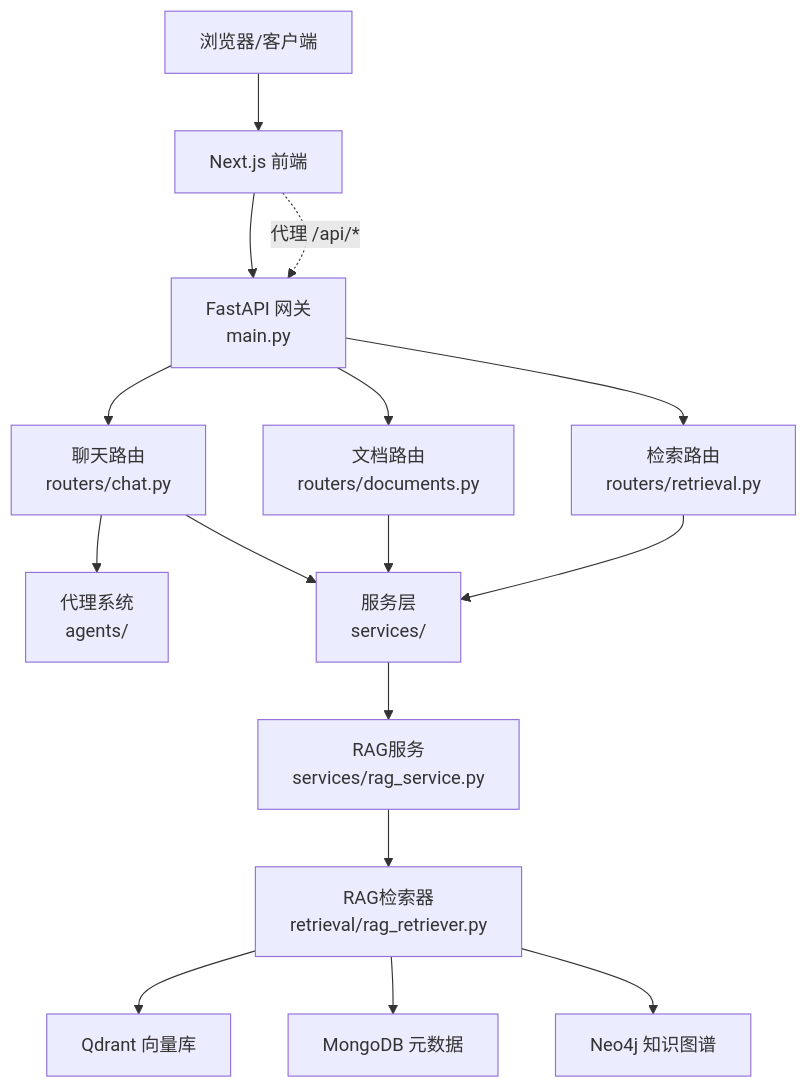
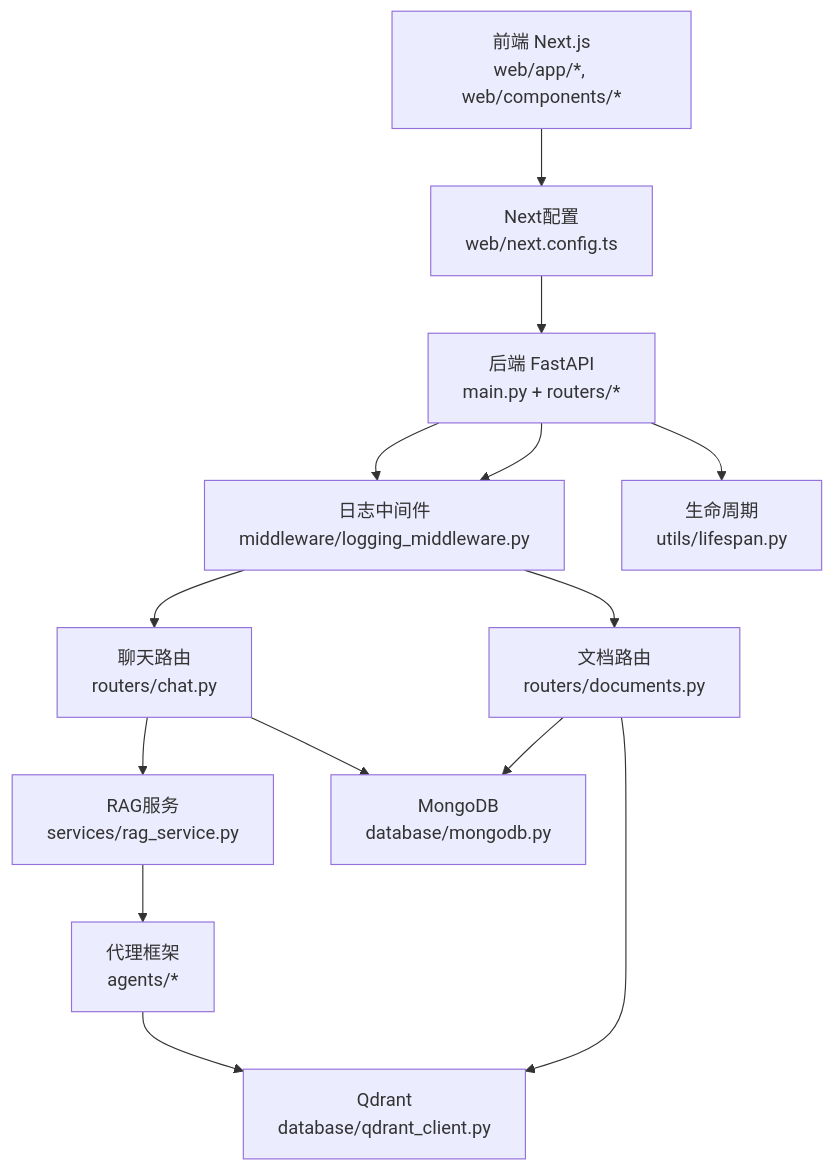
The second of 9 diagrams in .qoder/repowiki/zh/content/系统架构/系统架构.md (iammm0/advanced-rag), drawn with Mermaid before and after one commit. The commit also changed other lines of this file and 233 other files, not shown here.

````diff
--- a/.qoder/repowiki/zh/content/系统架构/系统架构.md
+++ b/.qoder/repowiki/zh/content/系统架构/系统架构.md
@@ -130,18 +125,22 @@
 ```mermaid
 graph TB
-Client["浏览器/客户端"] --> FE["Next.js 前端"]
-FE --> APIGW["FastAPI 网关<br/>main.py"]
-APIGW --> CHAT["聊天路由<br/>routers/chat.py"]
-APIGW --> DOC["文档路由<br/>routers/documents.py"]
-APIGW --> RET["检索路由<br/>routers/retrieval.py"]
-CHAT --> AG["代理系统<br/>agents/"]
-CHAT --> SV["服务层<br/>services/"]
-DOC --> SV
-RET --> SV
-SV --> RAG["RAG服务<br/>services/rag_service.py"]
-RAG --> RETRIEVE["RAG检索器<br/>retrieval/rag_retriever.py"]
-RETRIEVE --> QD["Qdrant 向量库"]
-RETRIEVE --> MG["MongoDB 元数据"]
-RETRIEVE --> NG["Neo4j 知识图谱"]
-FE -.->|"代理 /api/*"| APIGW
+FE["前端 Next.js<br/>web/app/*, web/components/*"]
+CFG["Next配置<br/>web/next.config.ts"]
+API["后端 FastAPI<br/>main.py + routers/*"]
+MW["日志中间件<br/>middleware/logging_middleware.py"]
+LIFE["生命周期<br/>utils/lifespan.py"]
+CHAT["聊天路由<br/>routers/chat.py"]
+DOC["文档路由<br/>routers/documents.py"]
+RAG["RAG服务<br/>services/rag_service.py"]
+AGENT["代理框架<br/>agents/*"]
+MDB["MongoDB<br/>database/mongodb.py"]
+QDR["Qdrant<br/>database/qdrant_client.py"]
+FE --> CFG --> API
+API --> MW --> CHAT
+API --> MW --> DOC
+CHAT --> RAG --> AGENT --> QDR
+CHAT --> MDB
+DOC --> MDB
+DOC --> QDR
+API --> LIFE
 ```
````
